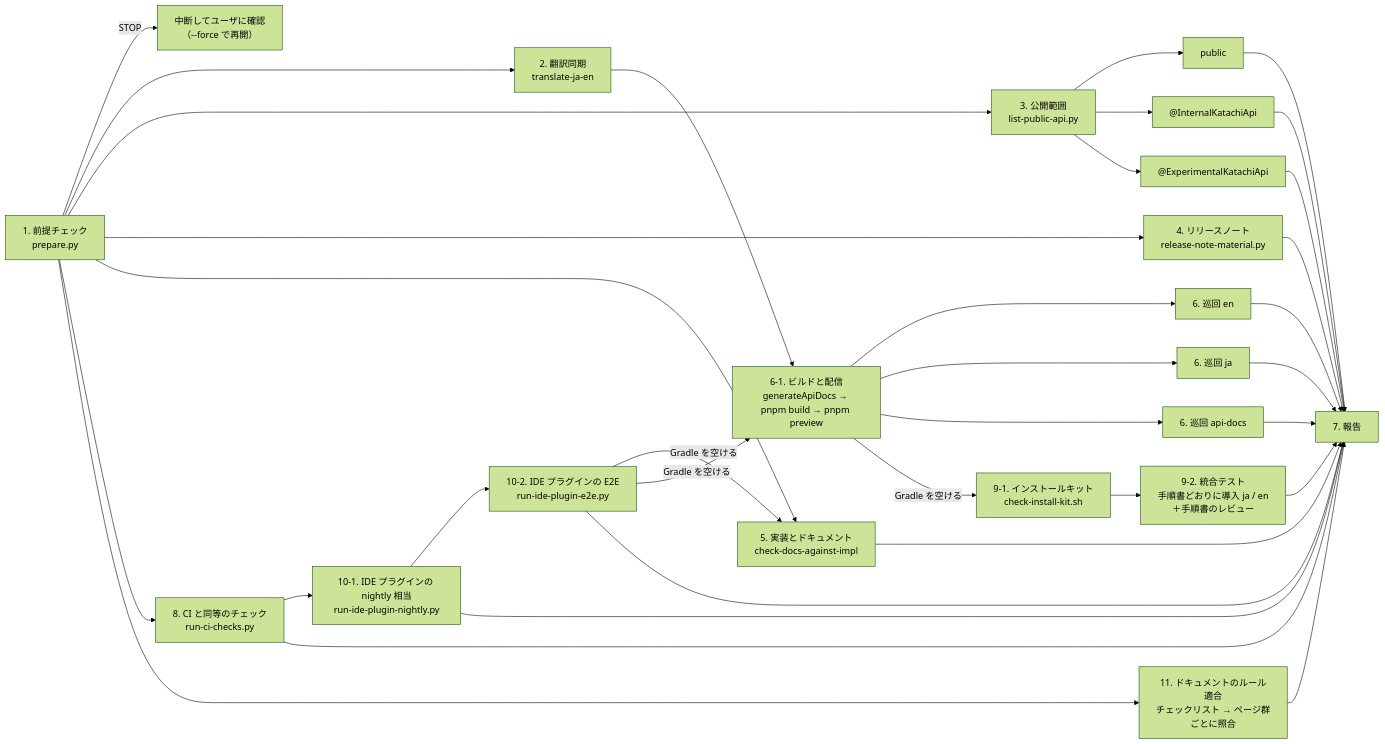
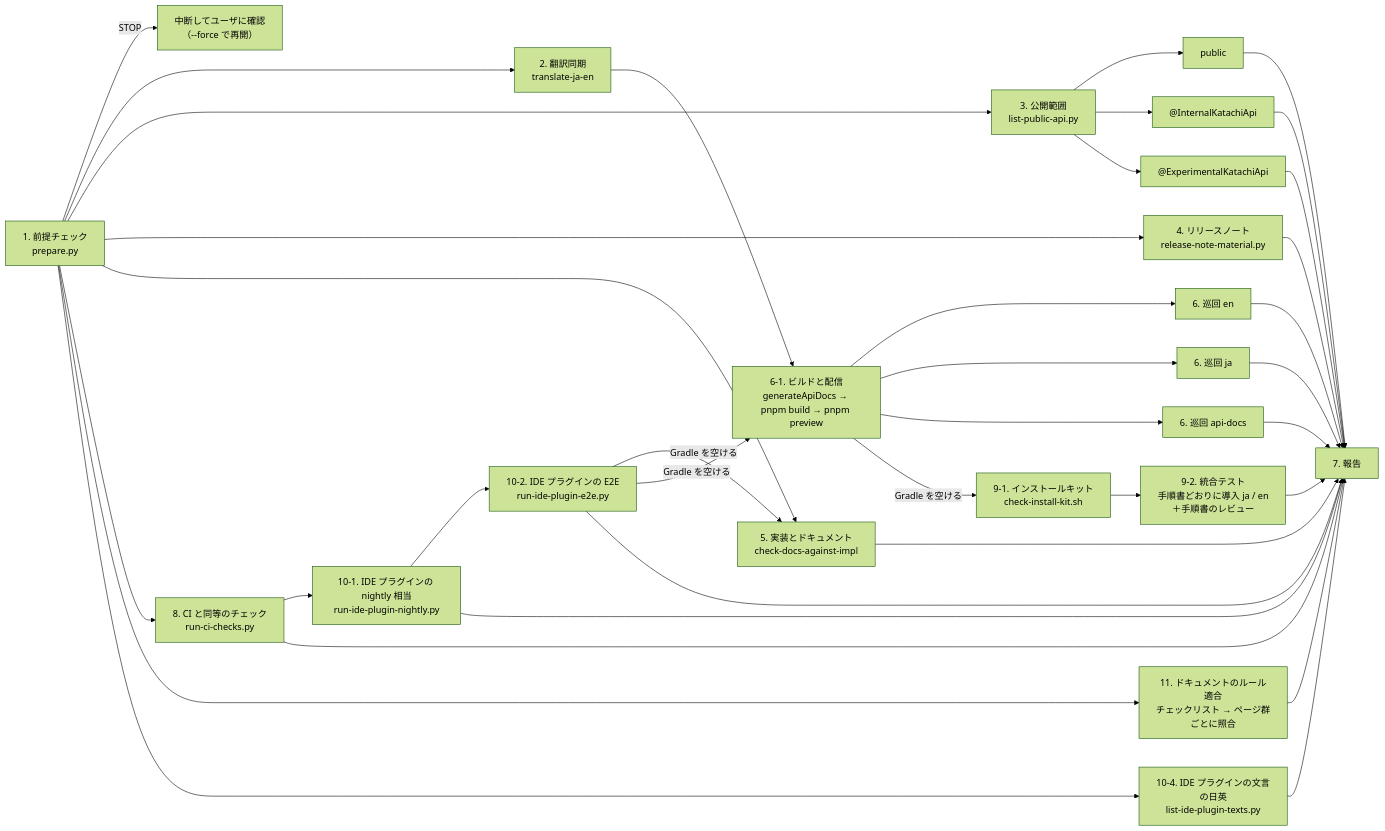
The diagram in .claude/skills/prerelease/SKILL.md (TBSten/katachi), drawn with Mermaid (forest theme) before and after one commit. The commit also changed other lines of this file and 3 other files, not shown here.

````diff
--- a/.claude/skills/prerelease/SKILL.md
+++ b/.claude/skills/prerelease/SKILL.md
@@ -20,19 +20,20 @@
 ```mermaid
 flowchart LR
     P["1. 前提チェック<br/>prepare.py"] -- " STOP " --> Ask["中断してユーザに確認<br/>（--force で再開）"]
     P --> T["2. 翻訳同期<br/>translate-ja-en"]
     P --> V["3. 公開範囲<br/>list-public-api.py"]
     P --> R["4. リリースノート<br/>release-note-material.py"]
     P --> D["5. 実装とドキュメント<br/>check-docs-against-impl"]
     P --> CI["8. CI と同等のチェック<br/>run-ci-checks.py"]
     P --> DR["11. ドキュメントのルール適合<br/>チェックリスト → ページ群ごとに照合"]
+    P --> TX["10-4. IDE プラグインの文言の日英<br/>list-ide-plugin-texts.py"]
     V --> V1["public"] & V2["@InternalKatachiApi"] & V3["@ExperimentalKatachiApi"]
     T --> B["6-1. ビルドと配信<br/>generateApiDocs → pnpm build → pnpm preview"]
     B --> C1["6. 巡回 en"] & C2["6. 巡回 ja"] & C3["6. 巡回 api-docs"]
     CI --> N["10-1. IDE プラグインの nightly 相当<br/>run-ide-plugin-nightly.py"]
     N --> E2["10-2. IDE プラグインの E2E<br/>run-ide-plugin-e2e.py"]
     E2 -- " Gradle を空ける " --> D & B
     B -- " Gradle を空ける " --> IK["9-1. インストールキット<br/>check-install-kit.sh"]
     IK --> IE["9-2. 統合テスト<br/>手順書どおりに導入 ja / en<br/>＋手順書のレビュー"]
-    V1 & V2 & V3 & R & D & DR & C1 & C2 & C3 & CI & N & E2 & IE --> Rep["7. 報告"]
+    V1 & V2 & V3 & R & D & DR & TX & C1 & C2 & C3 & CI & N & E2 & IE --> Rep["7. 報告"]
 ```
````
